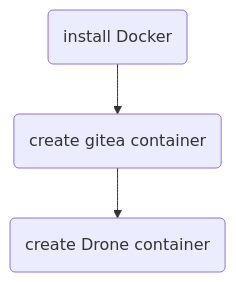
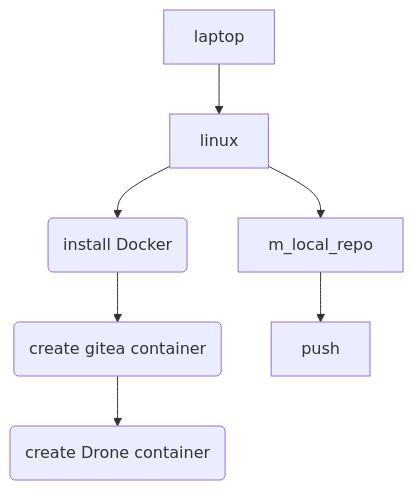
One commit to cardinal-II/learn-it-dev-with-diagrams changed the diagram in selfhosted_cicd.md. Above: the diagram before and after it, drawn with Mermaid.

````diff
--- a/selfhosted_cicd.md
+++ b/selfhosted_cicd.md
@@ -1,7 +1,8 @@
 ```mermaid
 graph TD;
-docker --> gitea --> drone;
+laptop-->linux-->docker --> gitea --> drone;
+linux-->m_local_repo-->push
 docker(install Docker);
 gitea(create gitea container);
 drone(create Drone container);
 ```
````
